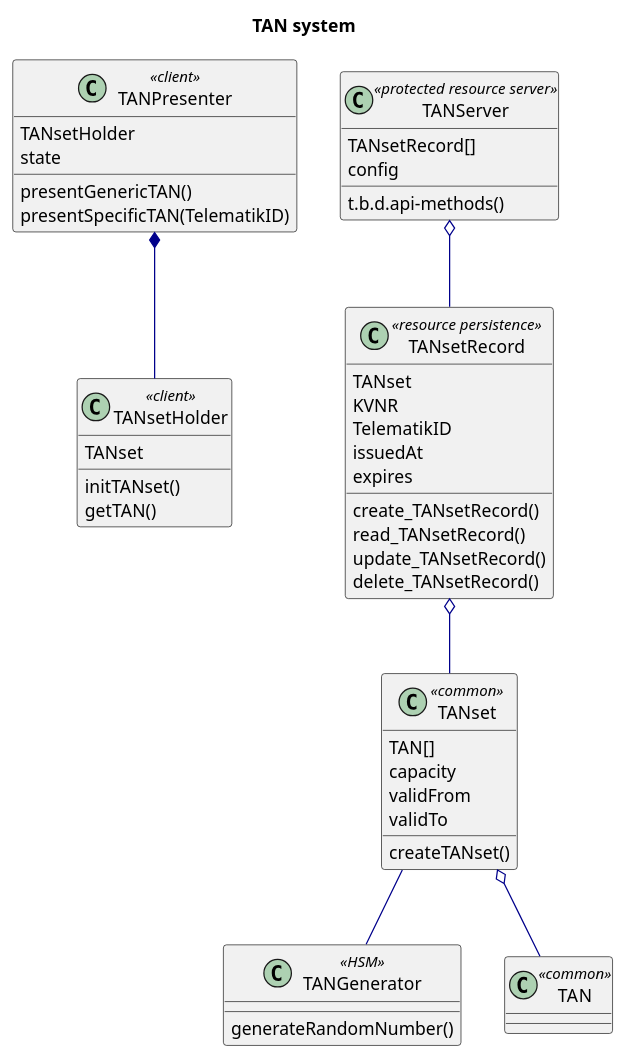
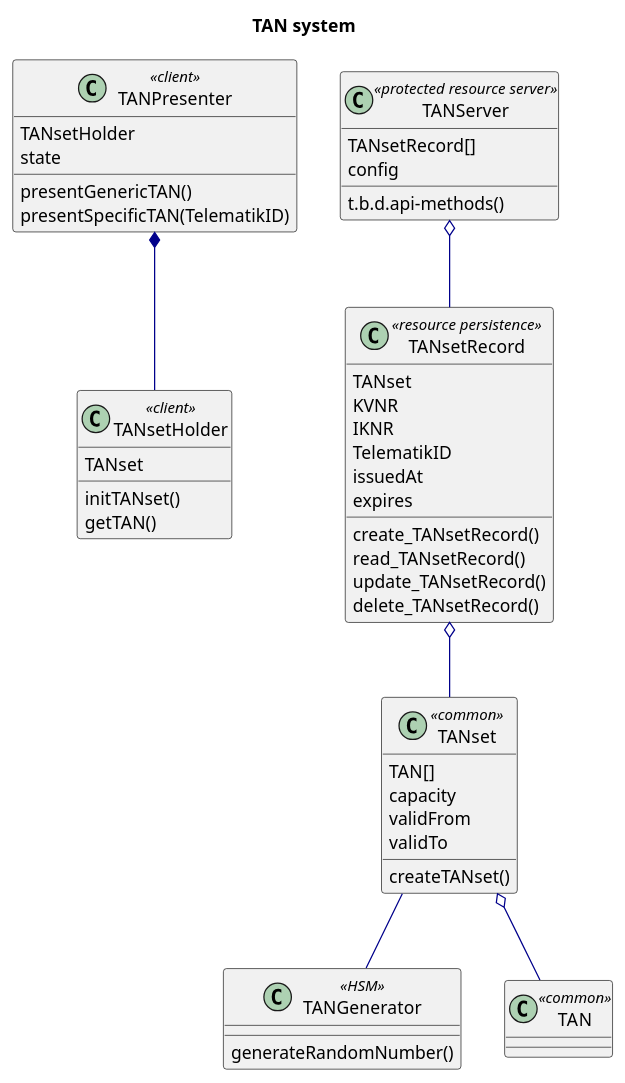
Before and after one commit to gematik/api-popp: the diagram in src/plantuml/KD_Infomodell_TANset.puml, drawn with PlantUML.

Commit message:
Update KD_Infomodell_TANset.puml with IKNR

```diff
--- a/src/plantuml/KD_Infomodell_TANset.puml
+++ b/src/plantuml/KD_Infomodell_TANset.puml
@@ -1,84 +1,85 @@
 @startuml
 skinparam Shadowing false
 skinparam ParticipantPadding 20
 skinparam BoxPadding 10
 
 
 skinparam sequence {
     ArrowColor DodgerBlue
     ActorBorderColor DodgerBlue
     LifeLineBorderColor Blue
 
     ParticipantBackgroundColor #3483eb
     ParticipantBorderColor #3483eb
     ParticipantFontSize 14
     ParticipantFontColor White
 
     ActorBackgroundColor #3483eb
     ActorFontSize 14
     NoteBackgroundColor #3483eb
 }
 
 title TAN system
 
 skinparam class {
     ArrowColor #darkblue
     BorderColor black
 }
 
 class TANsetHolder << client >>{
 	TANset
 	initTANset()
 	getTAN()
 }
 
 class TANPresenter << client >>{
     TANsetHolder
     state
     presentGenericTAN()
     presentSpecificTAN(TelematikID)
 }
 
 class TANServer << protected resource server >> {
     TANsetRecord[]
     config
     t.b.d.api-methods()
 
 }
 
 class TANsetRecord << resource persistence >>{
 TANset
 KVNR
+IKNR
 TelematikID
 issuedAt
 expires
     create_TANsetRecord()
     read_TANsetRecord()
     update_TANsetRecord()
     delete_TANsetRecord()
 }
 
 class TANset << common >>{
     TAN[]
     capacity
     validFrom
     validTo
     createTANset()
 }
 
 class TANGenerator << HSM >> {
     generateRandomNumber()
 }
 
 class TAN <<common >>{
 }
 
 
 TANServer o-- TANsetRecord
 TANPresenter *-- TANsetHolder
 TANsetRecord  o-- TANset
 TANset o-- TAN
 TANset -- TANGenerator
 
 
 @enduml
```
